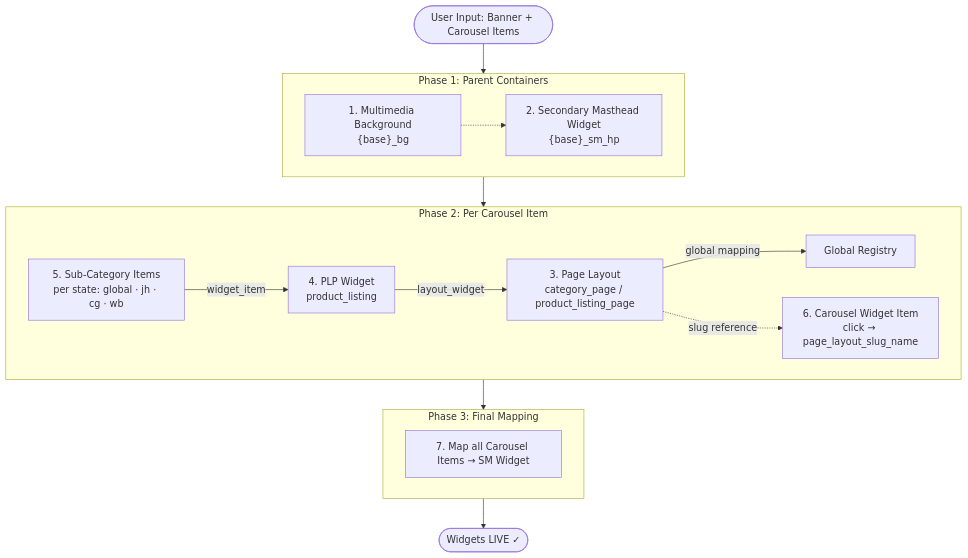
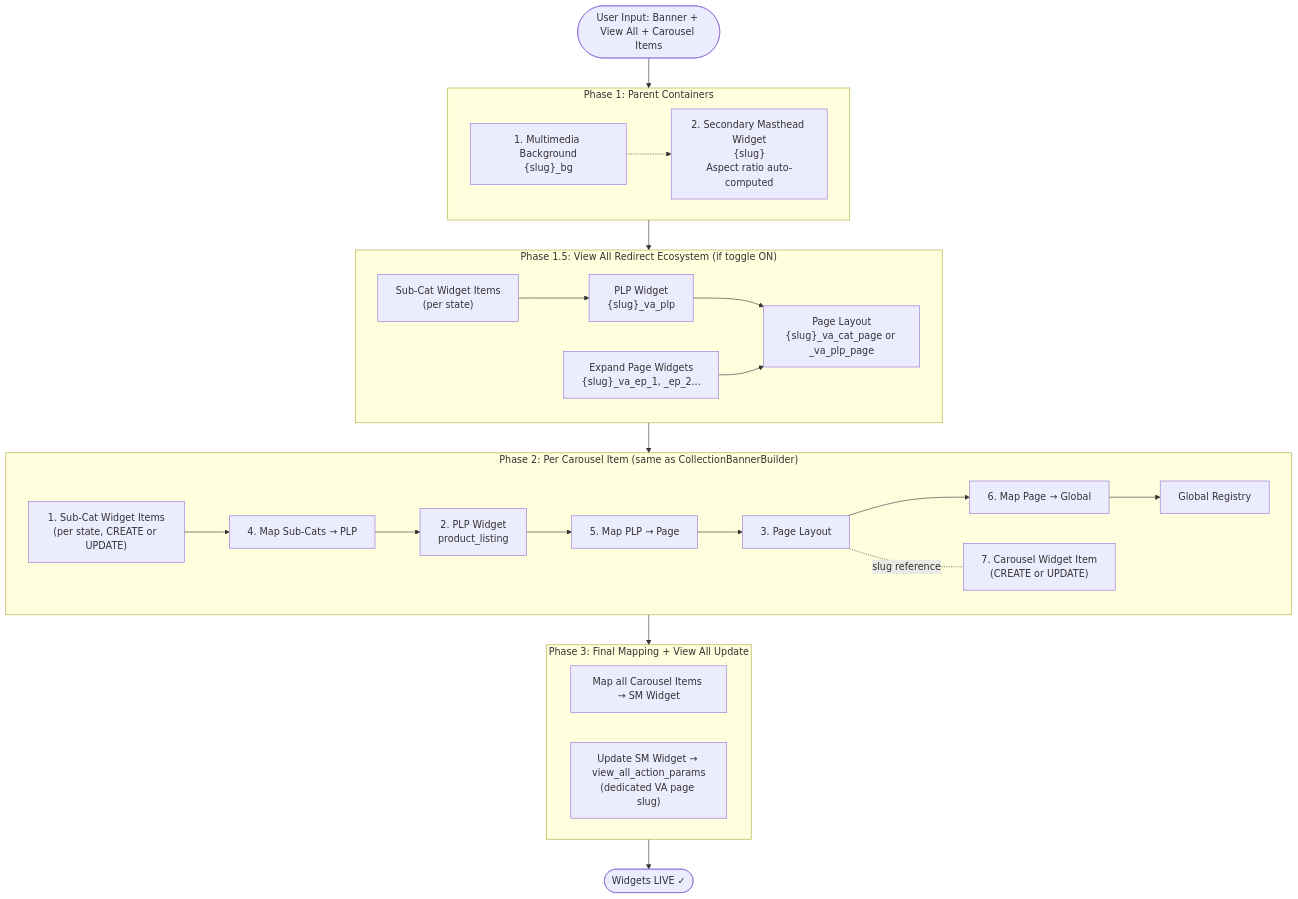
The third of 4 diagrams in wiki/WIDGET-Masthead.md (satyamgupta1312/Optimus), drawn with Mermaid before and after one commit. The commit also changed other lines of this file and 12 other files, not shown here.

Commit message:
feat: SM View All redirect, master_key, hide colors, fix deploy errors, update wiki

````diff
--- a/wiki/WIDGET-Masthead.md
+++ b/wiki/WIDGET-Masthead.md
@@ -378,31 +386,46 @@
 ```mermaid
 flowchart TD
-    User([User Input: Banner + Carousel Items]) --> Phase1
+    User([User Input: Banner + View All + Carousel Items]) --> Phase1
 
     subgraph Phase1 [Phase 1: Parent Containers]
-        MM["1. Multimedia Background\n{base}_bg"] -.->
-        SMW["2. Secondary Masthead Widget\n{base}_sm_hp"]
+        MM["1. Multimedia Background\n{slug}_bg"] -.->
+        SMW["2. Secondary Masthead Widget\n{slug}\nAspect ratio auto-computed"]
     end
 
-    Phase1 --> Phase2
+    Phase1 --> Phase15
 
-    subgraph Phase2 [Phase 2: Per Carousel Item]
-        Page["3. Page Layout\ncategory_page / product_listing_page"]
-        PLP["4. PLP Widget\nproduct_listing"]
-        SC["5. Sub-Category Items\nper state: global · jh · cg · wb"]
-        CI["6. Carousel Widget Item\nclick → page_layout_slug_name"]
+    subgraph Phase15 ["Phase 1.5: View All Redirect Ecosystem (if toggle ON)"]
+        VASC["Sub-Cat Widget Items\n(per state)"]
+        VAPLP["PLP Widget\n{slug}_va_plp"]
+        VAPage["Page Layout\n{slug}_va_cat_page or _va_plp_page"]
+        VAExpand["Expand Page Widgets\n{slug}_va_ep_1, _ep_2..."]
+        VASC --> VAPLP --> VAPage
+        VAExpand --> VAPage
+    end
 
-        SC -->|widget_item| PLP
-        PLP -->|layout_widget| Page
-        Page -->|global mapping| GR[Global Registry]
-        Page -.->|slug reference| CI
+    Phase15 --> Phase2
+
+    subgraph Phase2 ["Phase 2: Per Carousel Item (same as CollectionBannerBuilder)"]
+        SC["1. Sub-Cat Widget Items\n(per state, CREATE or UPDATE)"]
+        PLP["2. PLP Widget\nproduct_listing"]
+        Page["3. Page Layout"]
+        MapSC["4. Map Sub-Cats → PLP"]
+        MapPLP["5. Map PLP → Page"]
+        MapPage["6. Map Page → Global"]
+        CI["7. Carousel Widget Item\n(CREATE or UPDATE)"]
+
+        SC --> MapSC --> PLP
+        PLP --> MapPLP --> Page
+        Page --> MapPage --> Global[Global Registry]
+        Page -.-|slug reference| CI
     end
 
     Phase2 --> Phase3
 
-    subgraph Phase3 [Phase 3: Final Mapping]
-        Map["7. Map all Carousel Items → SM Widget"]
+    subgraph Phase3 [Phase 3: Final Mapping + View All Update]
+        Map["Map all Carousel Items → SM Widget"]
+        VA["Update SM Widget → view_all_action_params\n(dedicated VA page slug)"]
     end
 
     Phase3 --> Live([Widgets LIVE ✓])
 ```
````
